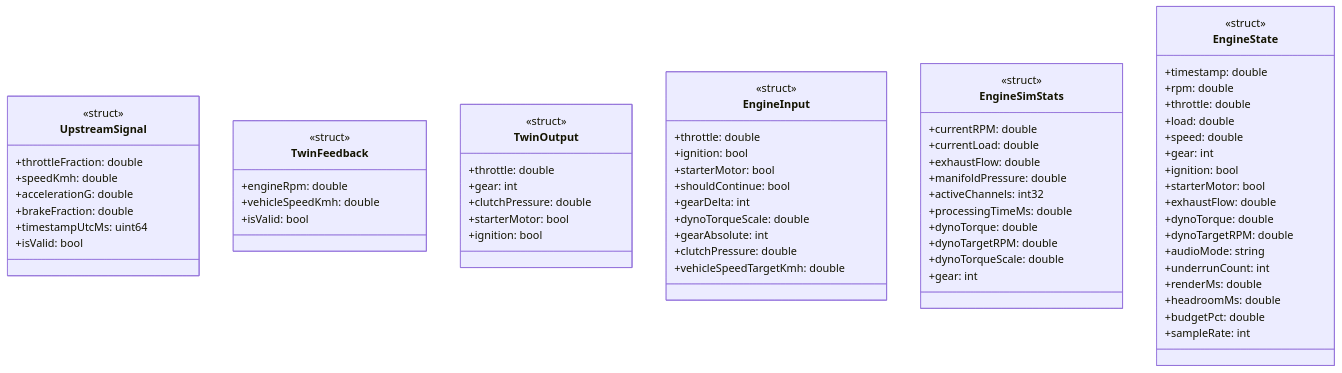
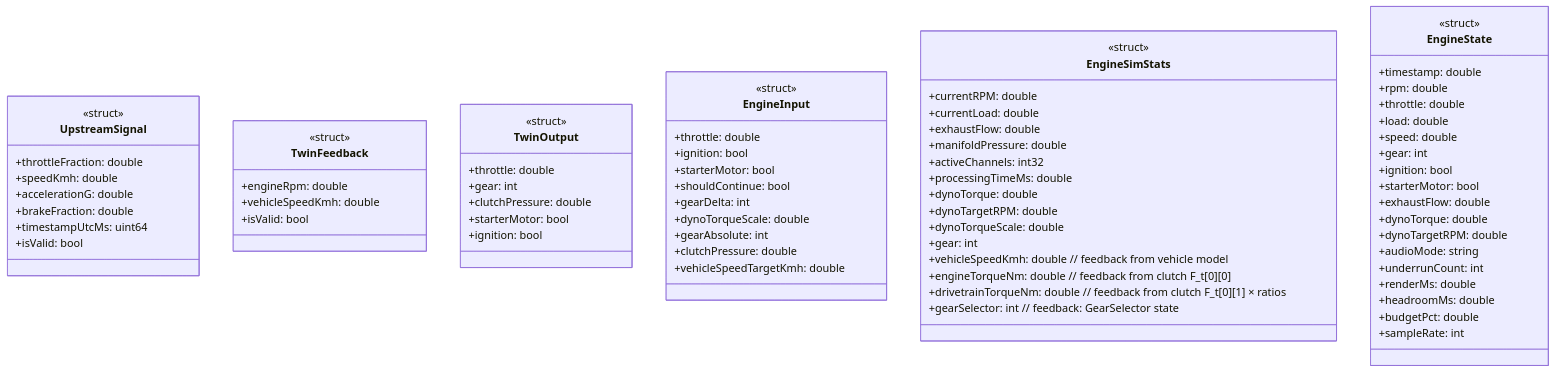
The fourth of 8 diagrams in docs/architecture/component-diagram.md (danieljsinclair/engine-sim-bridge), drawn with Mermaid before and after one commit. The commit also changed other lines of this file and 43 other files, not shown here.

````diff
--- a/docs/architecture/component-diagram.md
+++ b/docs/architecture/component-diagram.md
@@ -212,76 +222,80 @@
 ```mermaid
 classDiagram
     class UpstreamSignal {
         <<struct>>
         +throttleFraction: double
         +speedKmh: double
         +accelerationG: double
         +brakeFraction: double
         +timestampUtcMs: uint64
         +isValid: bool
     }
 
     class TwinFeedback {
         <<struct>>
         +engineRpm: double
         +vehicleSpeedKmh: double
         +isValid: bool
     }
 
     class TwinOutput {
         <<struct>>
         +throttle: double
         +gear: int
         +clutchPressure: double
         +starterMotor: bool
         +ignition: bool
     }
 
     class EngineInput {
         <<struct>>
         +throttle: double
         +ignition: bool
         +starterMotor: bool
         +shouldContinue: bool
         +gearDelta: int
         +dynoTorqueScale: double
         +gearAbsolute: int
         +clutchPressure: double
         +vehicleSpeedTargetKmh: double
     }
 
     class EngineSimStats {
         <<struct>>
         +currentRPM: double
         +currentLoad: double
         +exhaustFlow: double
         +manifoldPressure: double
         +activeChannels: int32
         +processingTimeMs: double
         +dynoTorque: double
         +dynoTargetRPM: double
         +dynoTorqueScale: double
         +gear: int
+        +vehicleSpeedKmh: double  // feedback from vehicle model
+        +engineTorqueNm: double  // feedback from clutch F_t[0][0]
+        +drivetrainTorqueNm: double  // feedback from clutch F_t[0][1] × ratios
+        +gearSelector: int  // feedback: GearSelector state
     }
 
     class EngineState {
         <<struct>>
         +timestamp: double
         +rpm: double
         +throttle: double
         +load: double
         +speed: double
         +gear: int
         +ignition: bool
         +starterMotor: bool
         +exhaustFlow: double
         +dynoTorque: double
         +dynoTargetRPM: double
         +audioMode: string
         +underrunCount: int
         +renderMs: double
         +headroomMs: double
         +budgetPct: double
         +sampleRate: int
     }
 ```
````
